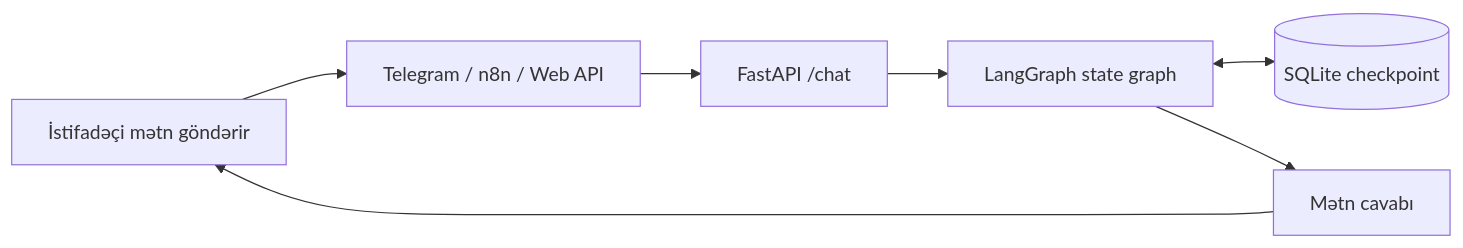
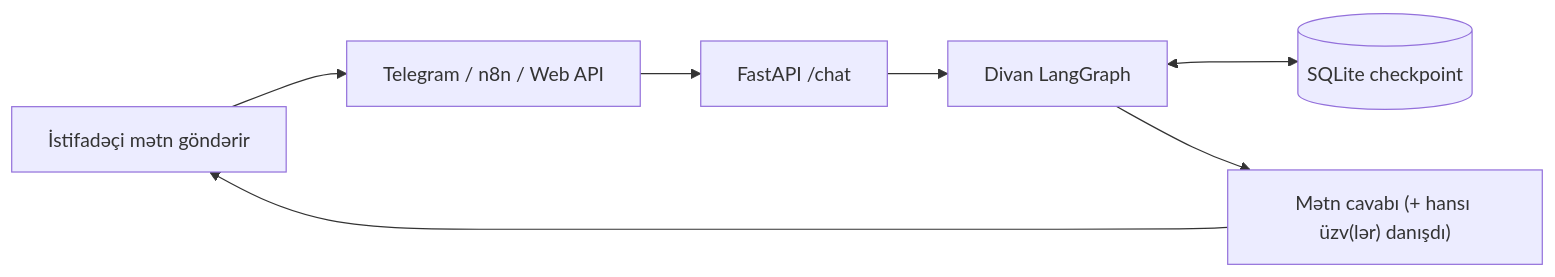
The fourth of 4 diagrams in README.md (AlimAlirzayev/voice-ai-agent), drawn with Mermaid before and after one commit. The commit also changed other lines of this file and 43 other files, not shown here.

````diff
--- a/README.md
+++ b/README.md
@@ -31,9 +191,9 @@
 ```mermaid
 flowchart LR
     USER["İstifadəçi mətn göndərir"] --> ENTRY["Telegram / n8n / Web API"]
     ENTRY --> CHAT["FastAPI /chat"]
-    CHAT --> GRAPH["LangGraph state graph"]
+    CHAT --> GRAPH["Divan LangGraph"]
     GRAPH <--> MEMORY[("SQLite checkpoint")]
-    GRAPH --> TEXT["Mətn cavabı"]
+    GRAPH --> TEXT["Mətn cavabı (+ hansı üzv(lər) danışdı)"]
     TEXT --> USER
 ```
````
